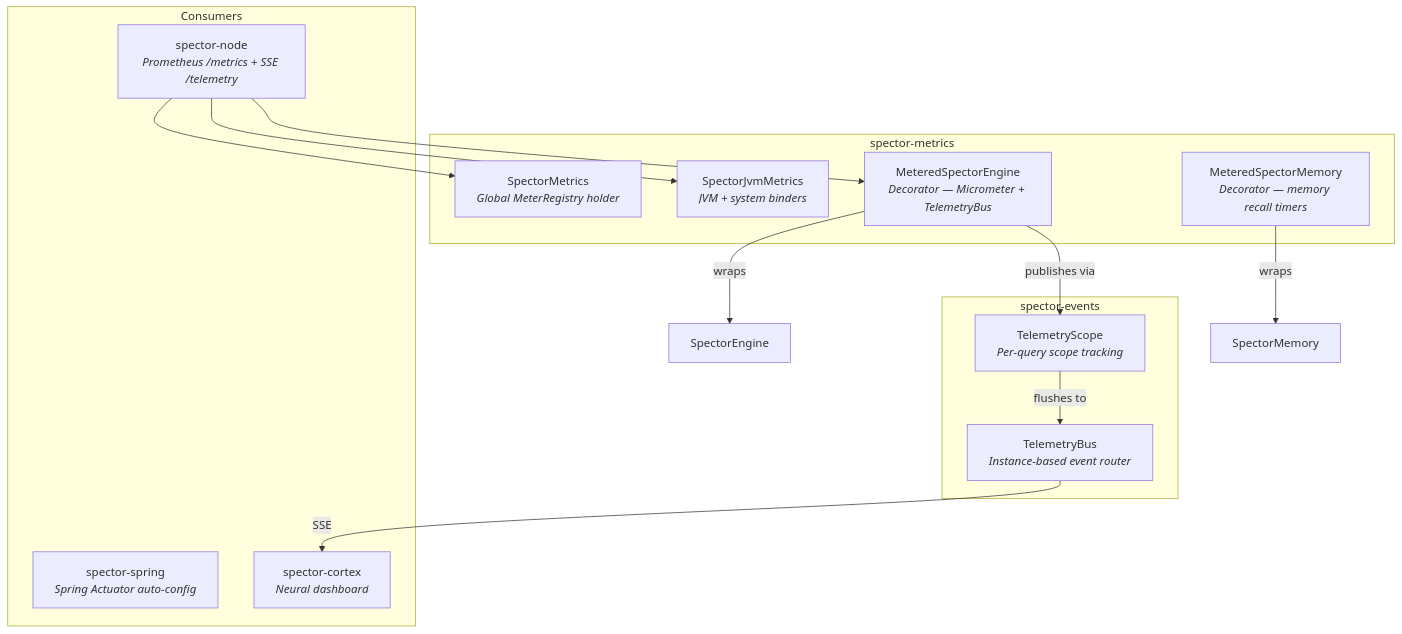
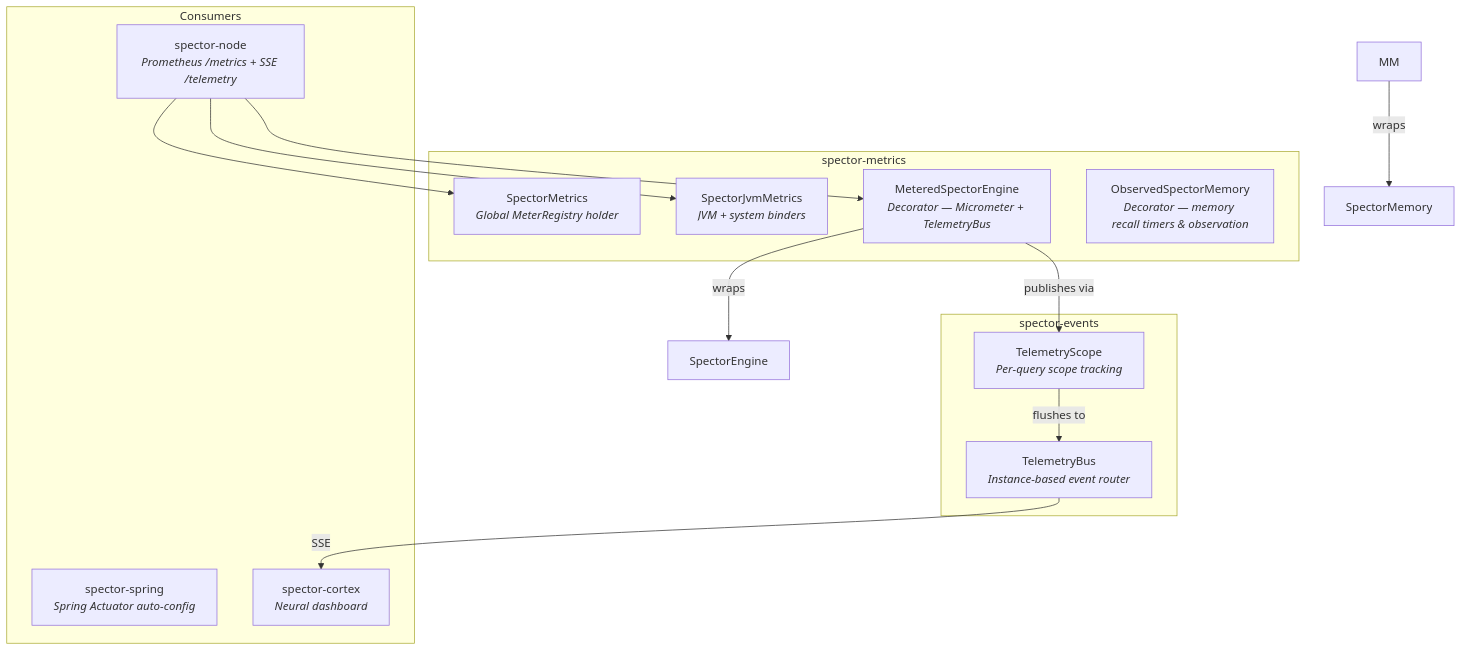
One commit to spectrayan/spector changed the diagram in memory/spector-metrics/README.md. Above: the diagram before and after it, drawn with Mermaid. The commit also changed other lines of this file and 173 other files, not shown here.

````diff
--- a/memory/spector-metrics/README.md
+++ b/memory/spector-metrics/README.md
@@ -11,29 +11,29 @@
 ```mermaid
 graph TD
     subgraph "spector-metrics"
         SM["SpectorMetrics<br/><i>Global MeterRegistry holder</i>"]
         JVM["SpectorJvmMetrics<br/><i>JVM + system binders</i>"]
         ME["MeteredSpectorEngine<br/><i>Decorator — Micrometer + TelemetryBus</i>"]
-        MM["MeteredSpectorMemory<br/><i>Decorator — memory recall timers</i>"]
+        OM["ObservedSpectorMemory<br/><i>Decorator — memory recall timers & observation</i>"]
     end
 
     subgraph "spector-events"
         BUS["TelemetryBus<br/><i>Instance-based event router</i>"]
         SCOPE["TelemetryScope<br/><i>Per-query scope tracking</i>"]
     end
 
     subgraph "Consumers"
         NODE["spector-node<br/><i>Prometheus /metrics + SSE /telemetry</i>"]
         SPRING["spector-spring<br/><i>Spring Actuator auto-config</i>"]
         CORTEX["spector-cortex<br/><i>Neural dashboard</i>"]
     end
 
     ME -->|wraps| ENGINE["SpectorEngine"]
     ME -->|publishes via| SCOPE
     SCOPE -->|flushes to| BUS
     MM -->|wraps| MEMORY["SpectorMemory"]
     NODE --> SM
     NODE --> JVM
     NODE --> ME
     BUS -->|SSE| CORTEX
 ```
````
